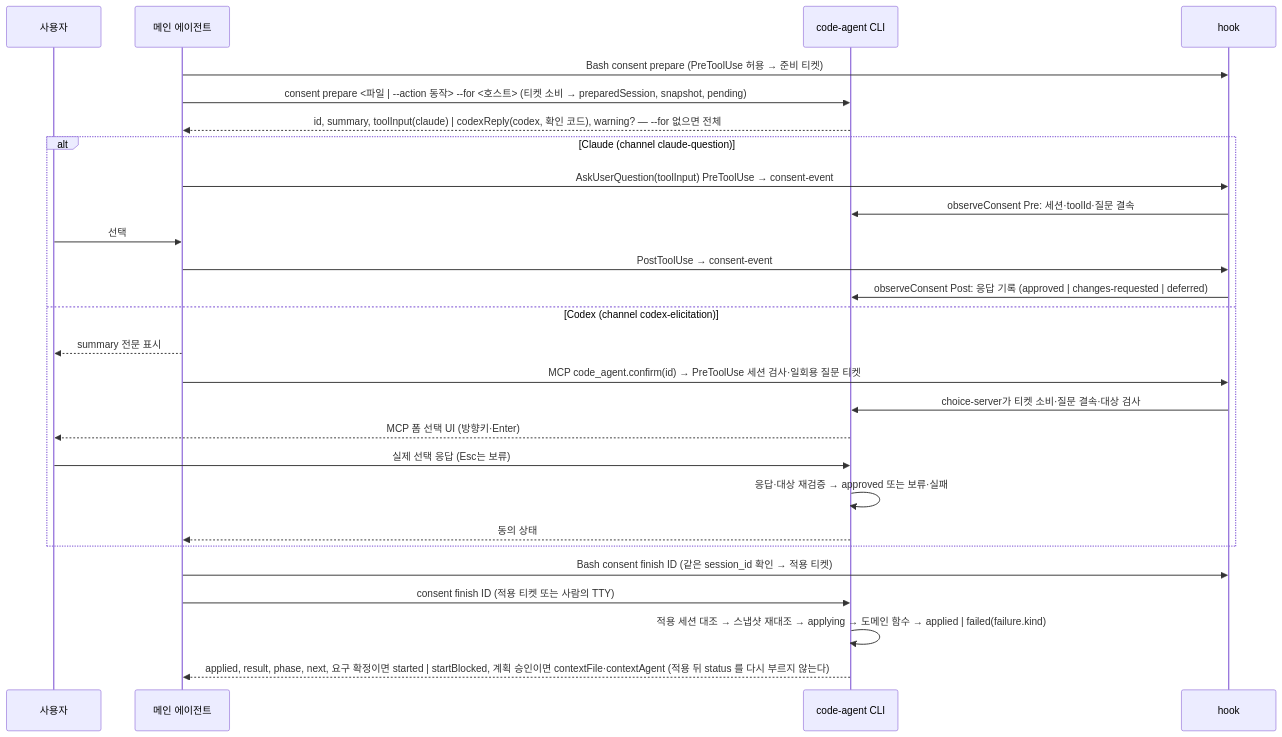
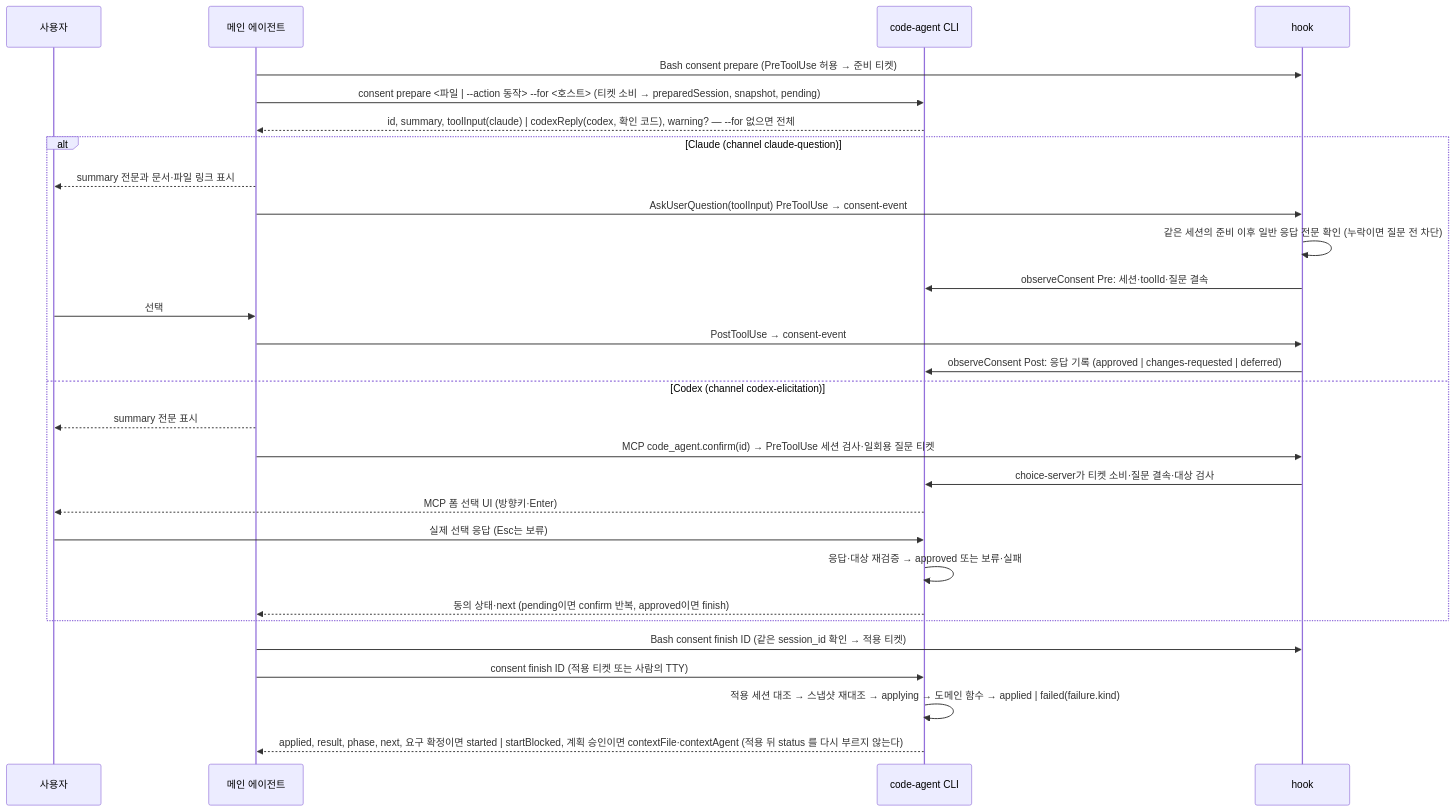
The second of 3 diagrams in doc/process-flow.md (collenkim/code-agent), drawn with Mermaid before and after one commit. The commit also changed other lines of this file and 34 other files, not shown here.

````diff
--- a/doc/process-flow.md
+++ b/doc/process-flow.md
@@ -250,29 +260,31 @@
 ```mermaid
 sequenceDiagram
   participant U as 사용자
   participant M as 메인 에이전트
   participant C as code-agent CLI
   participant H as hook
   M->>H: Bash consent prepare (PreToolUse 허용 → 준비 티켓)
   M->>C: consent prepare <파일 | --action 동작> --for <호스트> (티켓 소비 → preparedSession, snapshot, pending)
   C-->>M: id, summary, toolInput(claude) | codexReply(codex, 확인 코드), warning? — --for 없으면 전체
   alt Claude (channel claude-question)
+    M-->>U: summary 전문과 문서·파일 링크 표시
     M->>H: AskUserQuestion(toolInput) PreToolUse → consent-event
+    H->>H: 같은 세션의 준비 이후 일반 응답 전문 확인 (누락이면 질문 전 차단)
     H->>C: observeConsent Pre: 세션·toolId·질문 결속
     U->>M: 선택
     M->>H: PostToolUse → consent-event
     H->>C: observeConsent Post: 응답 기록 (approved | changes-requested | deferred)
   else Codex (channel codex-elicitation)
     M-->>U: summary 전문 표시
     M->>H: MCP code_agent.confirm(id) → PreToolUse 세션 검사·일회용 질문 티켓
     H->>C: choice-server가 티켓 소비·질문 결속·대상 검사
     C-->>U: MCP 폼 선택 UI (방향키·Enter)
     U->>C: 실제 선택 응답 (Esc는 보류)
     C->>C: 응답·대상 재검증 → approved 또는 보류·실패
-    C-->>M: 동의 상태
+    C-->>M: 동의 상태·next (pending이면 confirm 반복, approved이면 finish)
   end
   M->>H: Bash consent finish ID (같은 session_id 확인 → 적용 티켓)
   M->>C: consent finish ID (적용 티켓 또는 사람의 TTY)
   C->>C: 적용 세션 대조 → 스냅샷 재대조 → applying → 도메인 함수 → applied | failed(failure.kind)
   C-->>M: applied, result, phase, next, 요구 확정이면 started | startBlocked, 계획 승인이면 contextFile·contextAgent (적용 뒤 status 를 다시 부르지 않는다)
 ```
````
